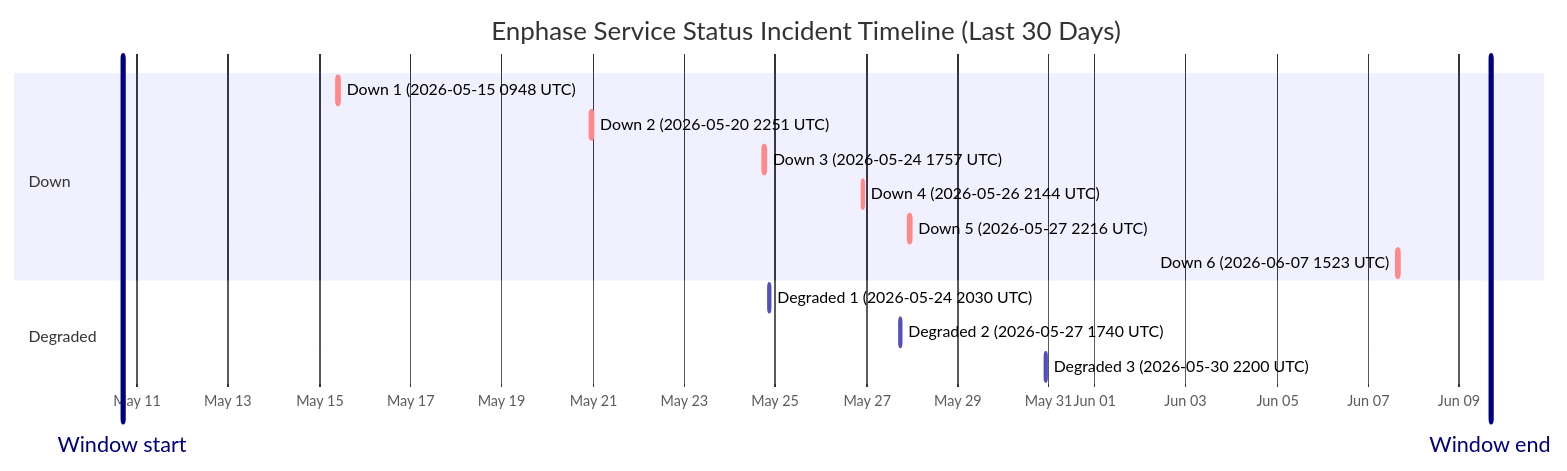
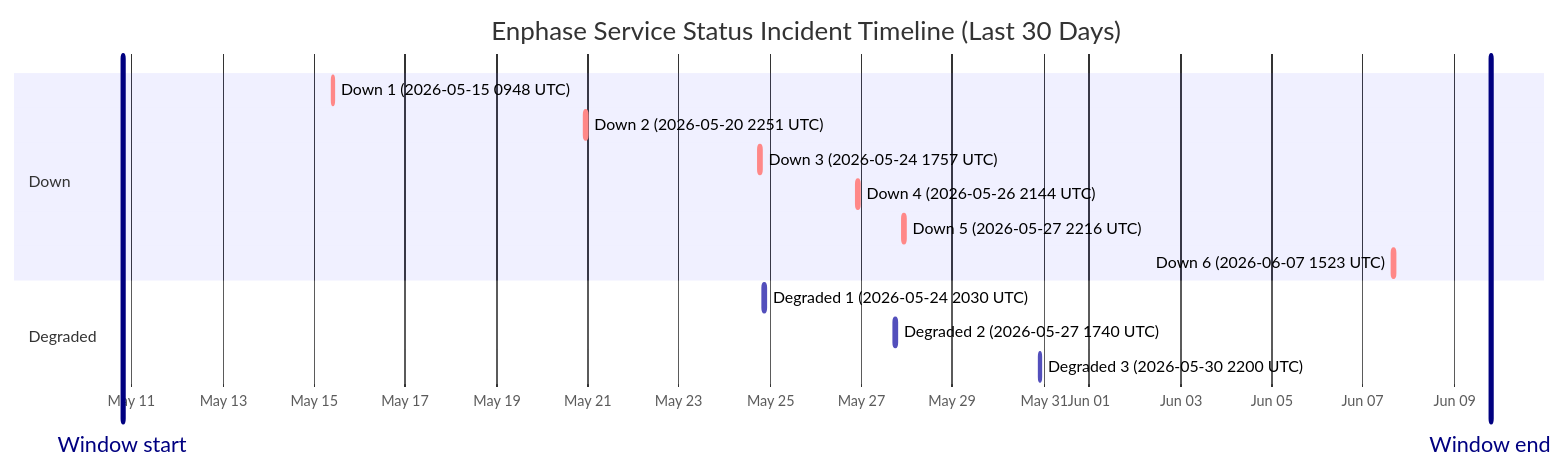
The diagram in wiki/Service-Status-History.md (barneyonline/ha-enphase-energy), drawn with Mermaid before and after one commit. The commit also changed other lines of this file and 3 other files, not shown here.

````diff
--- a/wiki/Service-Status-History.md
+++ b/wiki/Service-Status-History.md
@@ -14,19 +14,19 @@
 ```mermaid
 gantt
     title Enphase Service Status Incident Timeline (Last 30 Days)
     dateFormat  YYYY-MM-DDTHH:mm:ss
     axisFormat  %b %d
-    Window start :vert, window-start, 2026-05-10T16:30:17, 0ms
-    Window end :vert, window-end, 2026-06-09T16:30:17, 0ms
+    Window start :vert, window-start, 2026-05-10T19:11:44, 0ms
+    Window end :vert, window-end, 2026-06-09T19:11:44, 0ms
     section Down
     Down 1 (2026-05-15 0948 UTC) :crit, down-1, 2026-05-15T09:48:18, 60m
     Down 2 (2026-05-20 2251 UTC) :crit, down-2, 2026-05-20T22:51:14, 75m
     Down 3 (2026-05-24 1757 UTC) :crit, down-3, 2026-05-24T17:57:41, 86m
     Down 4 (2026-05-26 2144 UTC) :crit, down-4, 2026-05-26T21:44:11, 85m
     Down 5 (2026-05-27 2216 UTC) :crit, down-5, 2026-05-27T22:16:53, 87m
     Down 6 (2026-06-07 1523 UTC) :crit, down-6, 2026-06-07T15:23:22, 87m
     section Degraded
     Degraded 1 (2026-05-24 2030 UTC) :active, degraded-1, 2026-05-24T20:30:57, 84m
     Degraded 2 (2026-05-27 1740 UTC) :active, degraded-2, 2026-05-27T17:40:52, 60m
     Degraded 3 (2026-05-30 2200 UTC) :active, degraded-3, 2026-05-30T22:00:37, 60m
 ```
````
